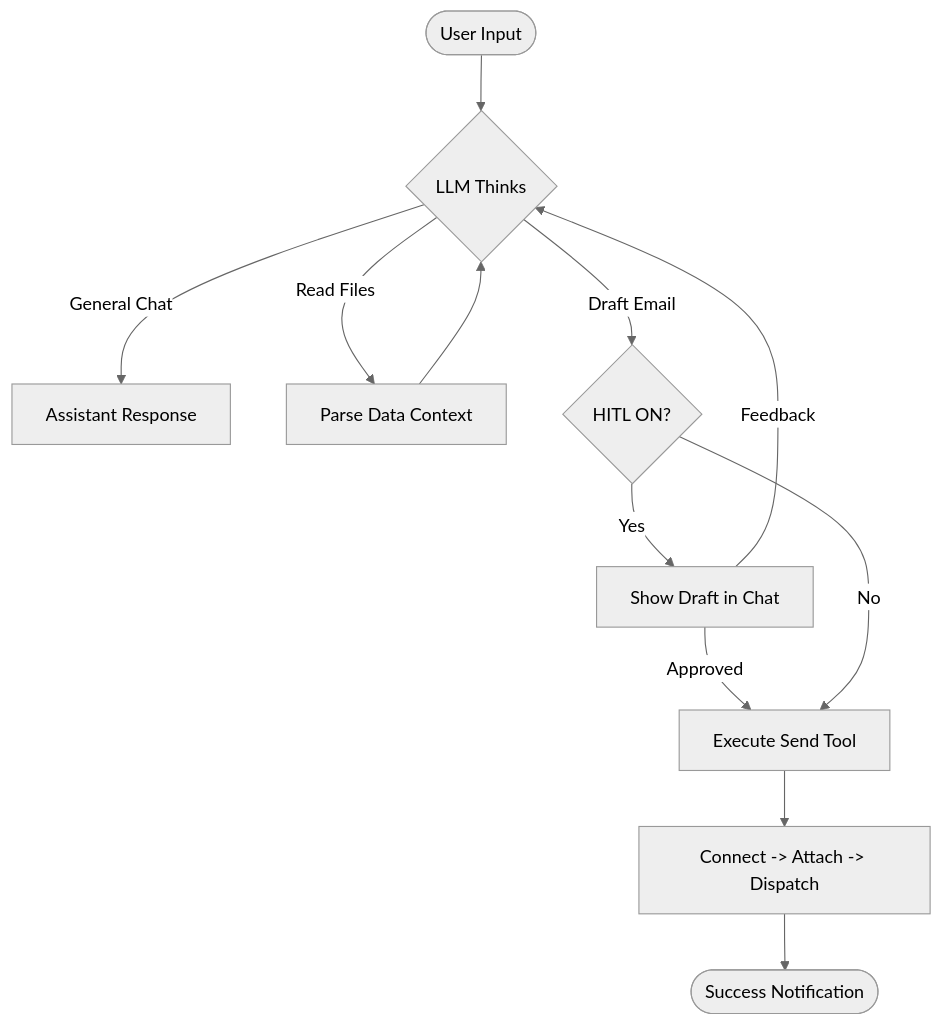
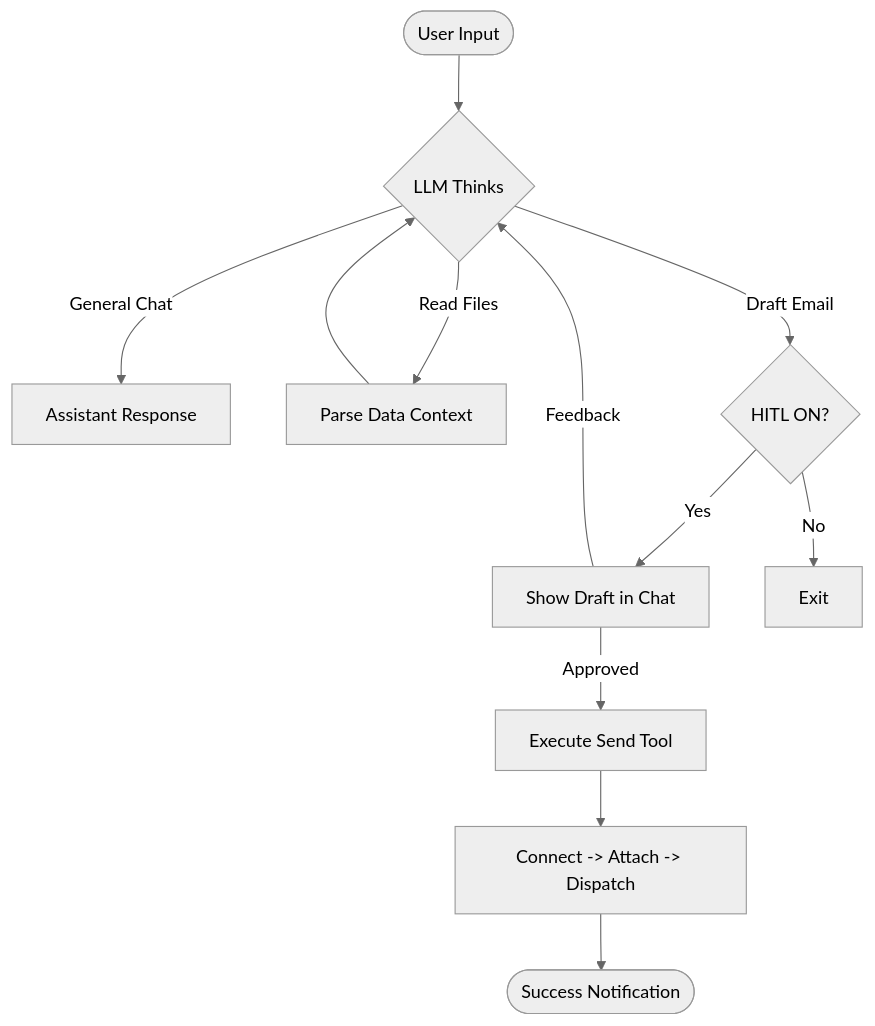
The diagram in README.md (Nikhil-AI-Labs/Email-Agent), drawn with Mermaid (neutral theme) before and after one commit.

Commit message:
third commit

````diff
--- a/README.md
+++ b/README.md
@@ -32,14 +32,14 @@
 ```mermaid
 flowchart TD
     Start([User Input]) --> Think{LLM Thinks}
     Think -->|General Chat| Respond[Assistant Response]
     Think -->|Read Files| Context[Parse Data Context]
     Context --> Think
     Think -->|Draft Email| HITL{HITL ON?}
     HITL -->|Yes| Review[Show Draft in Chat]
     Review -->|Feedback| Think
     Review -->|Approved| Tool[Execute Send Tool]
-    HITL -->|No| Tool
+    HITL -->|No| Exit[Exit]
     Tool --> SMTP[Connect -> Attach -> Dispatch]
     SMTP --> Success([Success Notification])
 ```
````
